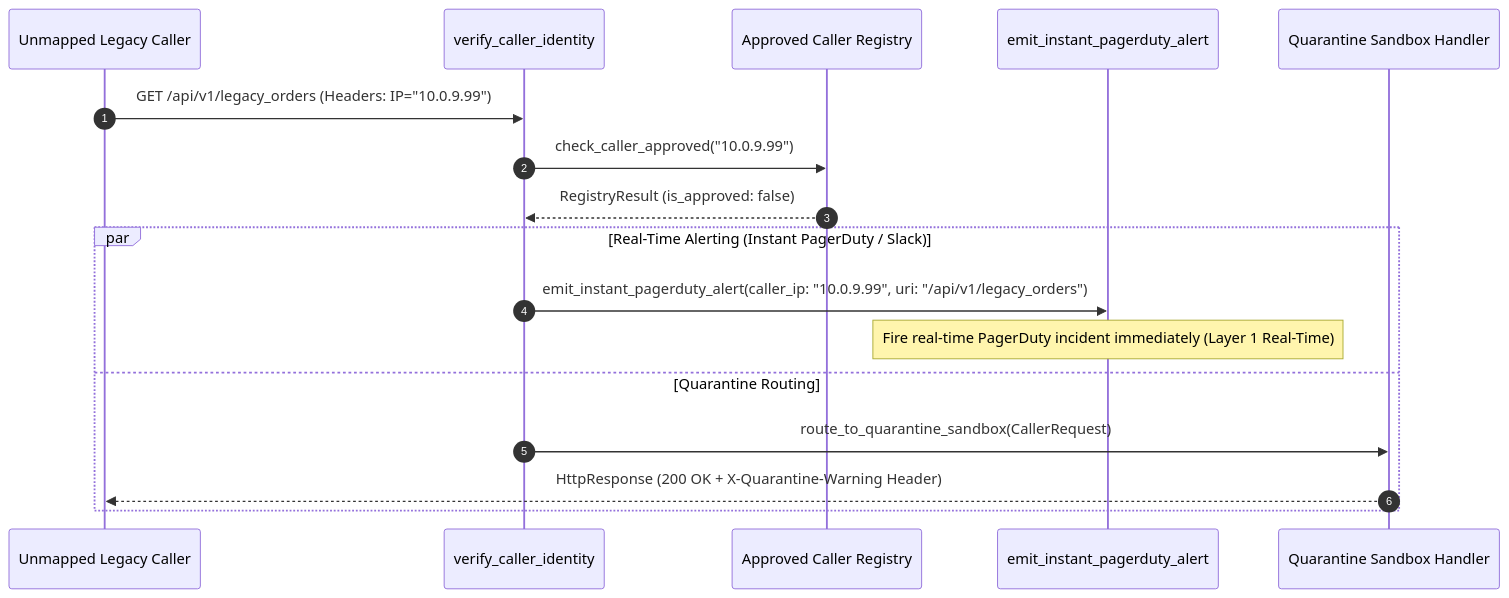
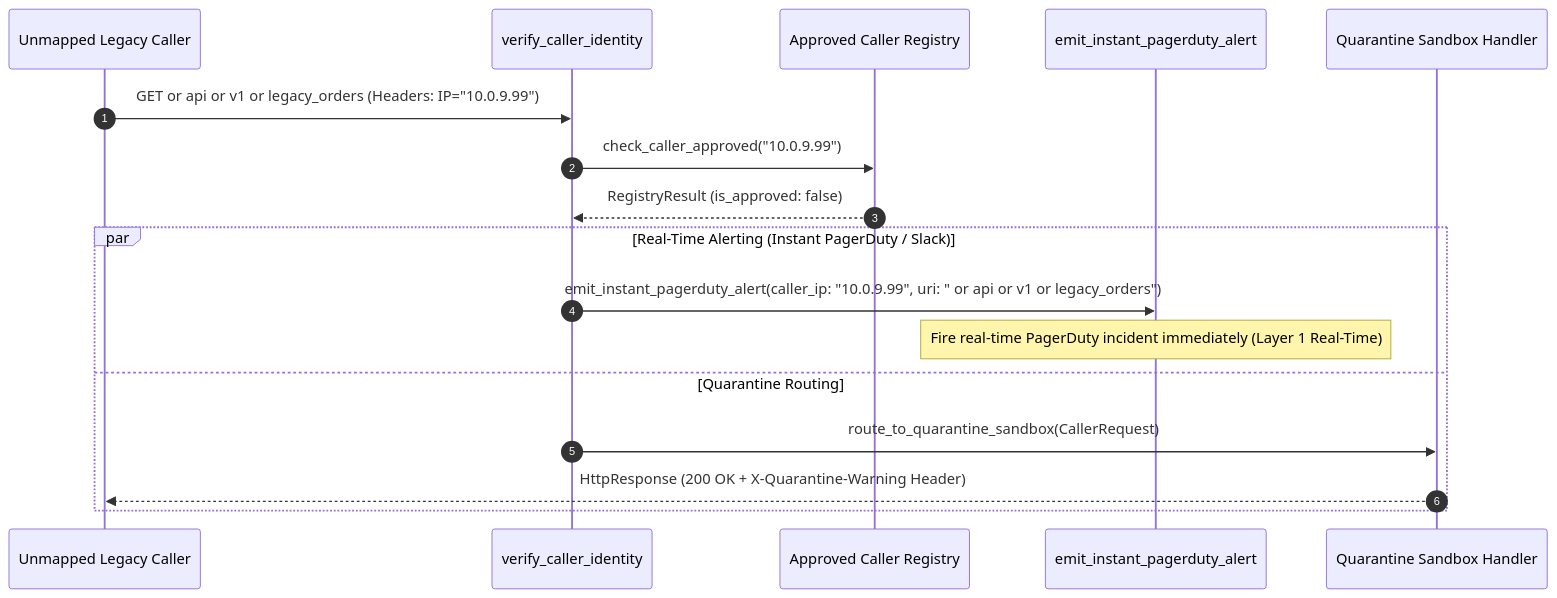
The second of 2 diagrams in notebooks/runbooks/refs/05-dependency-discovery-and-log-mining/unknown-caller-quarantine-alerting.md (Chief-Strategist-J/llm-observability-platform), drawn with Mermaid before and after one commit. The commit also changed 35 other files, not shown here.

Commit message:
fix(docs): resolve sequence diagram message label syntax errors across runbook suite

````diff
--- a/notebooks/runbooks/refs/05-dependency-discovery-and-log-mining/unknown-caller-quarantine-alerting.md
+++ b/notebooks/runbooks/refs/05-dependency-discovery-and-log-mining/unknown-caller-quarantine-alerting.md
@@ -56,22 +56,22 @@
 ```mermaid
 sequenceDiagram
     autonumber
     participant Caller as Unmapped Legacy Caller
     participant Guard as verify_caller_identity
     participant Registry as Approved Caller Registry
     participant Alerter as emit_instant_pagerduty_alert
     participant Sandbox as Quarantine Sandbox Handler
 
-    Caller->>Guard: GET /api/v1/legacy_orders (Headers: IP="10.0.9.99")
+    Caller->>Guard: GET or api or v1 or legacy_orders (Headers: IP="10.0.9.99")
     
     Guard->>Registry: check_caller_approved("10.0.9.99")
     Registry-->>Guard: RegistryResult (is_approved: false)
 
     par Real-Time Alerting (Instant PagerDuty / Slack)
-        Guard->>Alerter: emit_instant_pagerduty_alert(caller_ip: "10.0.9.99", uri: "/api/v1/legacy_orders")
+        Guard->>Alerter: emit_instant_pagerduty_alert(caller_ip: "10.0.9.99", uri: " or api or v1 or legacy_orders")
         Note over Alerter: Fire real-time PagerDuty incident immediately (Layer 1 Real-Time)
     and Quarantine Routing
         Guard->>Sandbox: route_to_quarantine_sandbox(CallerRequest)
         Sandbox-->>Caller: HttpResponse (200 OK + X-Quarantine-Warning Header)
     end
 ```
````
